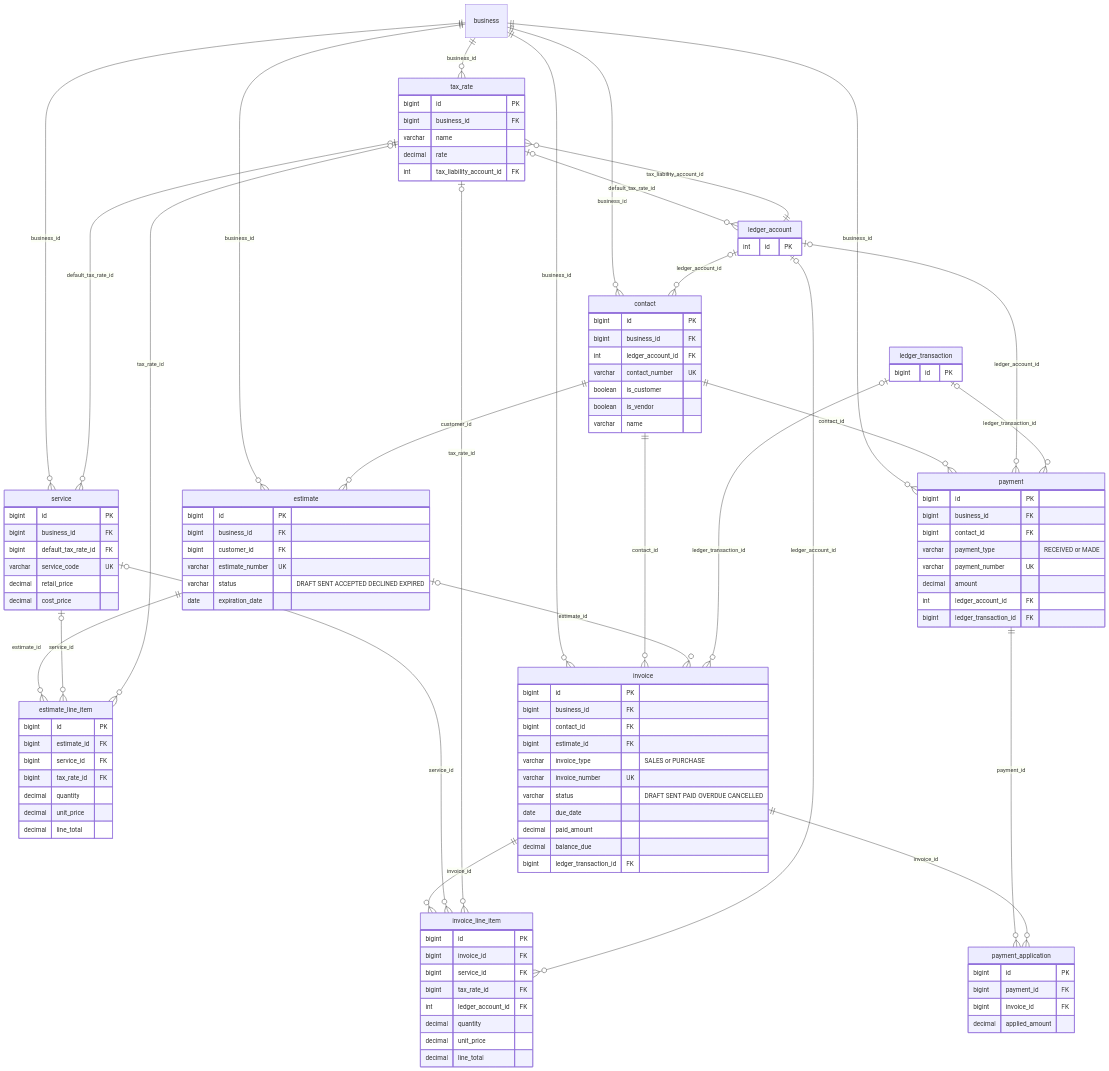
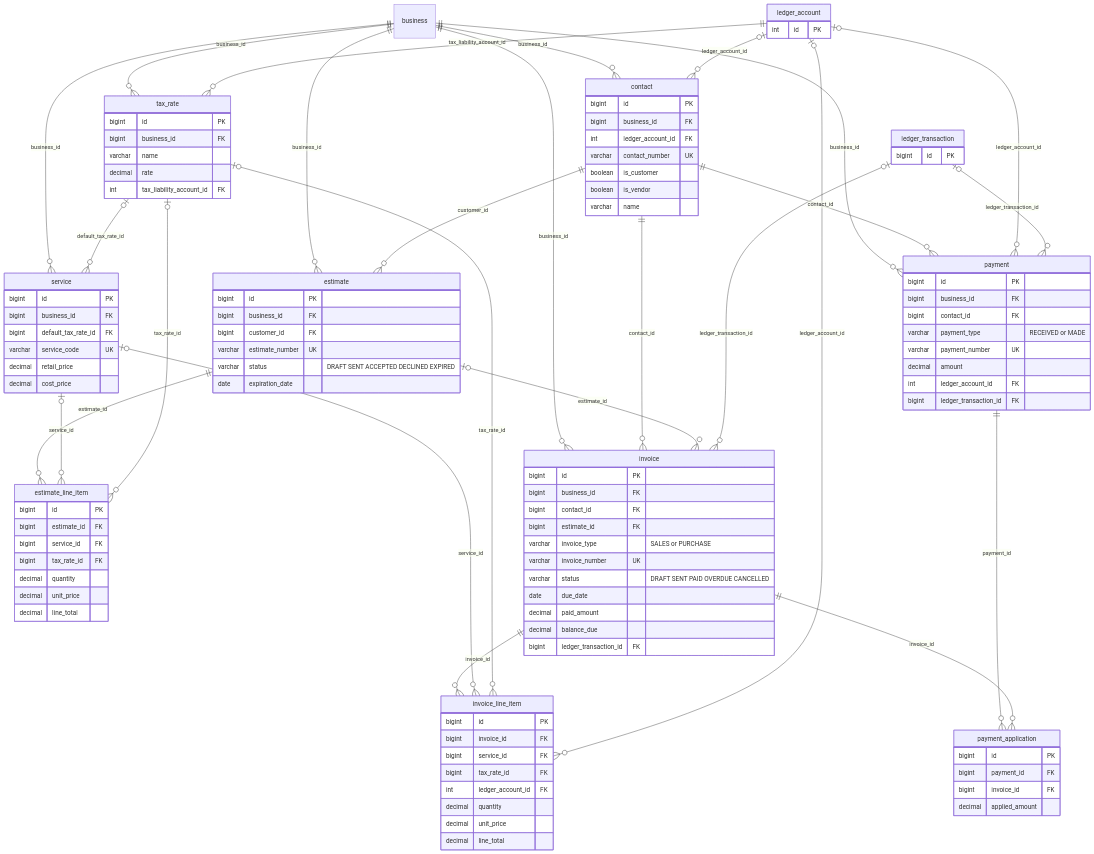
The second of 4 diagrams in docs/schema.md (silverbp/ava), drawn with Mermaid before and after one commit. The commit also changed other lines of this file and 15 other files, not shown here.

First line of the commit message:
refactor(ledger): simplify ledger_account schema

```diff
--- a/docs/schema.md
+++ b/docs/schema.md
@@ -175,7 +177,6 @@
     invoice ||--o{ payment_application : "invoice_id"
     business ||--o{ tax_rate : "business_id"
     ledger_account ||--o{ tax_rate : "tax_liability_account_id"
-    tax_rate |o--o{ ledger_account : "default_tax_rate_id"
 
     ledger_account {
         int id PK
```
